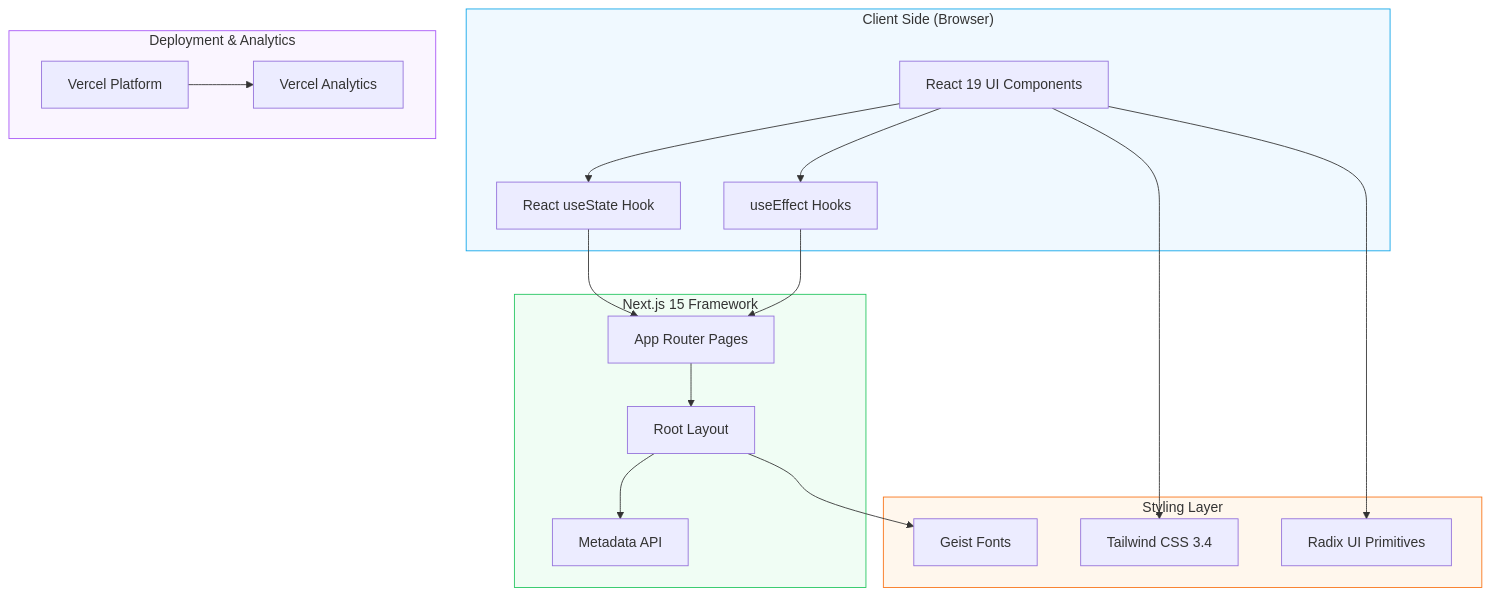
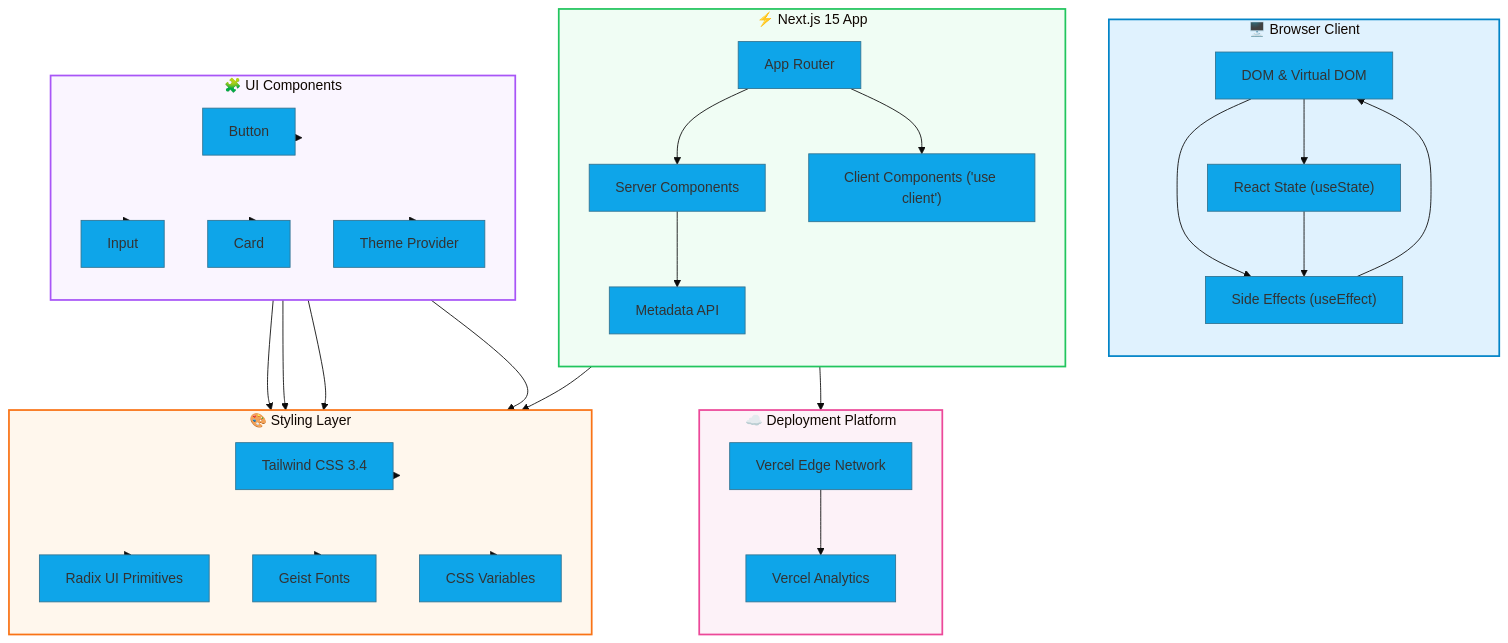
One commit to girishlade111/coming-soon changed the diagram in README.md. Above: the diagram before and after it, drawn with Mermaid. The commit also changed other lines of this file, not shown here.

Commit message:
docs: overhaul README with enhanced architecture diagrams, feature lists, and dependency tables

````diff
--- a/README.md
+++ b/README.md
@@ -14,41 +62,71 @@
 ```mermaid
+%%{init: {'theme': 'base', 'themeVariables': { 'primaryColor': '#0ea5e9', 'edgeLabelBackground': '#ffffff', 'tertiaryColor': '#f0f9ff'}}}%%
 flowchart TB
-    subgraph Client["Client Side (Browser)"]
-        UI[React 19 UI Components]
-        State[React useState Hook]
-        Effects[useEffect Hooks]
+    subgraph Browser["🖥️ Browser Client"]
+        direction TB
+        DOM["DOM & Virtual DOM"]
+        State["React State (useState)"]
+        Effects["Side Effects (useEffect)"]
     end
 
-    subgraph NextJS["Next.js 15 Framework"]
-        Pages[App Router Pages]
-        Layouts[Root Layout]
-        Metadata[Metadata API]
+    subgraph NextApp["⚡ Next.js 15 App"]
+        direction TB
+        Router["App Router"]
+        Server["Server Components"]
+        Client["Client Components ('use client')"]
+        API["Metadata API"]
     end
 
-    subgraph Styling["Styling Layer"]
-        Tailwind[Tailwind CSS 3.4]
-        Radix[Radix UI Primitives]
-        Geist[Geist Fonts]
+    subgraph Style["🎨 Styling Layer"]
+        direction TB
+        Tailwind["Tailwind CSS 3.4"]
+        Radix["Radix UI Primitives"]
+        Geist["Geist Fonts"]
+        CSSVars["CSS Variables"]
     end
 
-    subgraph Deployment["Deployment & Analytics"]
-        Vercel[Vercel Platform]
-        Analytics[Vercel Analytics]
+    subgraph Components["🧩 UI Components"]
+        direction TB
+        Button["Button"]
+        Input["Input"]
+        Card["Card"]
+        ThemeProvider["Theme Provider"]
     end
 
-    UI --> State
-    UI --> Effects
-    State --> Pages
-    Effects --> Pages
-    Pages --> Layouts
-    Layouts --> Metadata
-    UI --> Tailwind
-    UI --> Radix
-    Layouts --> Geist
+    subgraph Deploy["☁️ Deployment Platform"]
+        direction TB
+        Vercel["Vercel Edge Network"]
+        Analytics["Vercel Analytics"]
+    end
+
+    %% Relationships
+    DOM --> State
+    DOM --> Effects
+    State --> Effects
+    Effects --> DOM
+    Router --> Server
+    Router --> Client
+    Server --> API
+    Client --> Style
+    Style --> Tailwind
+    Style --> Radix
+    Style --> Geist
+    Style --> CSSVars
+    Components --> Button
+    Components --> Input
+    Components --> Card
+    Components --> ThemeProvider
+    Button --> Style
+    Input --> Style
+    Card --> Style
+    ThemeProvider --> CSSVars
+    NextApp --> Deploy
     Vercel --> Analytics
 
-    style Client fill:#f0f9ff,stroke:#0ea5e9
-    style NextJS fill:#f0fdf4,stroke:#22c55e
-    style Styling fill:#fff7ed,stroke:#f97316
-    style Deployment fill:#faf5ff,stroke:#a855f7
+    %% Styling
+    style Browser fill:#e0f2fe,stroke:#0284c7,stroke-width:2px
+    style NextApp fill:#f0fdf4,stroke:#22c55e,stroke-width:2px
+    style Style fill:#fff7ed,stroke:#f97316,stroke-width:2px
+    style Components fill:#faf5ff,stroke:#a855f7,stroke-width:2px
+    style Deploy fill:#fdf2f8,stroke:#ec4899,stroke-width:2px
 ```
````
